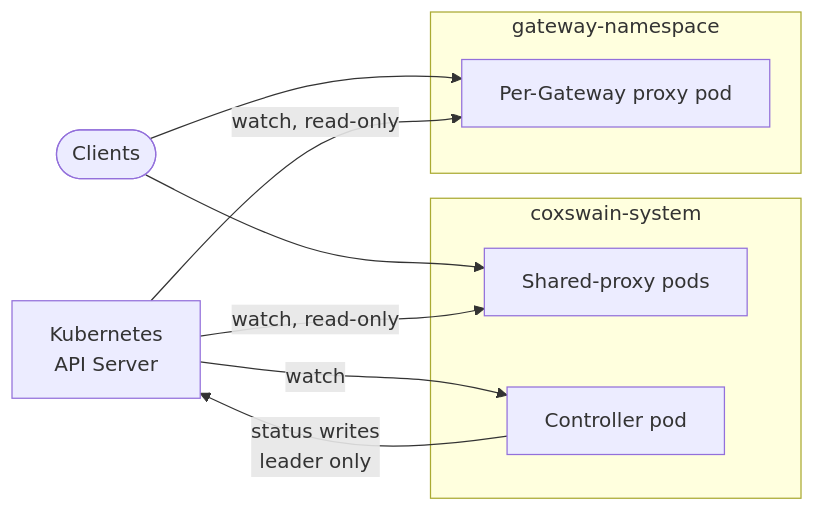
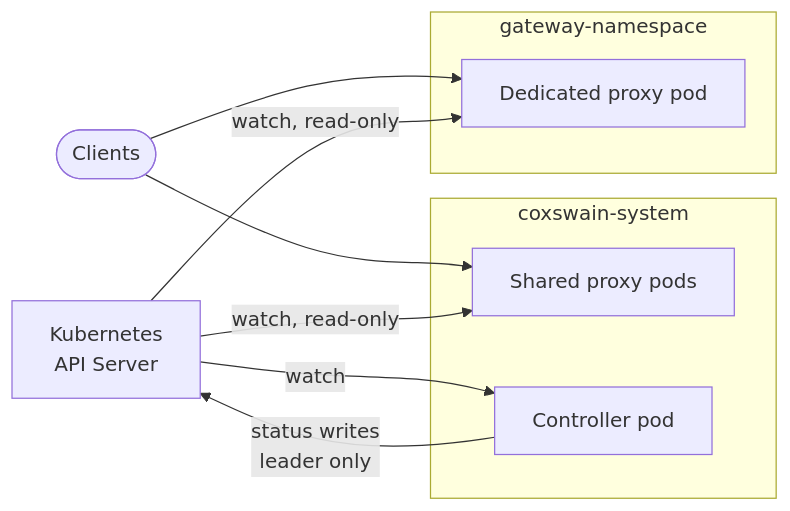
The first of 6 diagrams in docs/src/architecture.md (coxswain-labs/coxswain), drawn with Mermaid before and after one commit. The commit also changed other lines of this file and 5 other files, not shown here.

First line of the commit message:
docs(architecture): deployment-models guide + dedicated-mode walkthrough

````diff
--- a/docs/src/architecture.md
+++ b/docs/src/architecture.md
@@ -5,19 +5,19 @@
 ```mermaid
 flowchart LR
     Clients([Clients])
     K8s[Kubernetes\nAPI Server]
 
     subgraph cs[coxswain-system]
-        SP[Shared-proxy pods]
+        SP[Shared proxy pods]
         C[Controller pod]
     end
 
     subgraph ns[gateway-namespace]
-        GP[Per-Gateway proxy pod]
+        GP[Dedicated proxy pod]
     end
 
     Clients --> SP & GP
     K8s -->|watch, read-only| SP & GP
     K8s -->|watch| C
     C -->|status writes\nleader only| K8s
 ```
````
